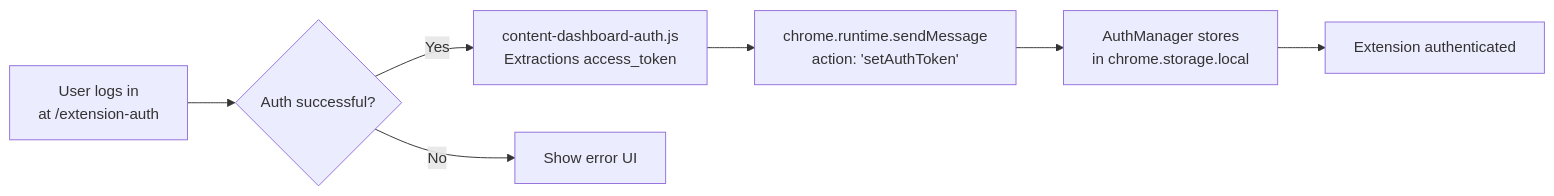
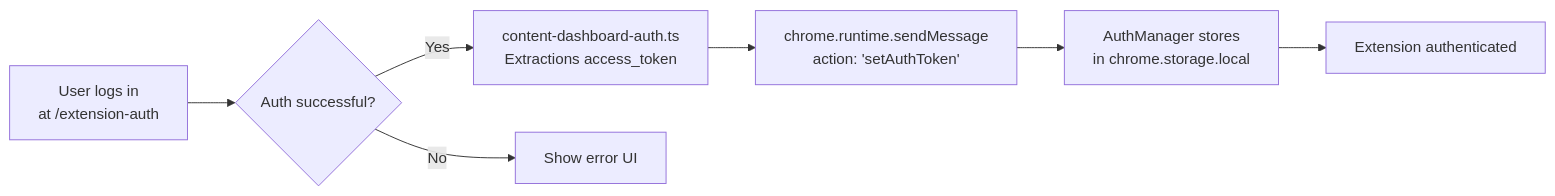
The second of 3 diagrams in docs/technical/SYNC_PROTOCOL.md (HackamViGo/Chat-Organizer), drawn with Mermaid before and after one commit. The commit also changed other lines of this file and 146 other files, not shown here.

First line of the commit message:
chore(extension): complete security audit and architectural hardening

````diff
--- a/docs/technical/SYNC_PROTOCOL.md
+++ b/docs/technical/SYNC_PROTOCOL.md
@@ -50,9 +50,9 @@
 ```mermaid
 flowchart LR
     A[User logs in<br/>at /extension-auth] --> B{Auth successful?}
-    B -->|Yes| C[content-dashboard-auth.js<br/>Extractions access_token]
+    B -->|Yes| C[content-dashboard-auth.ts<br/>Extractions access_token]
     C --> D[chrome.runtime.sendMessage<br/>action: 'setAuthToken']
     D --> E[AuthManager stores<br/>in chrome.storage.local]
     E --> F[Extension authenticated]
     B -->|No| G[Show error UI]
 ```
````
